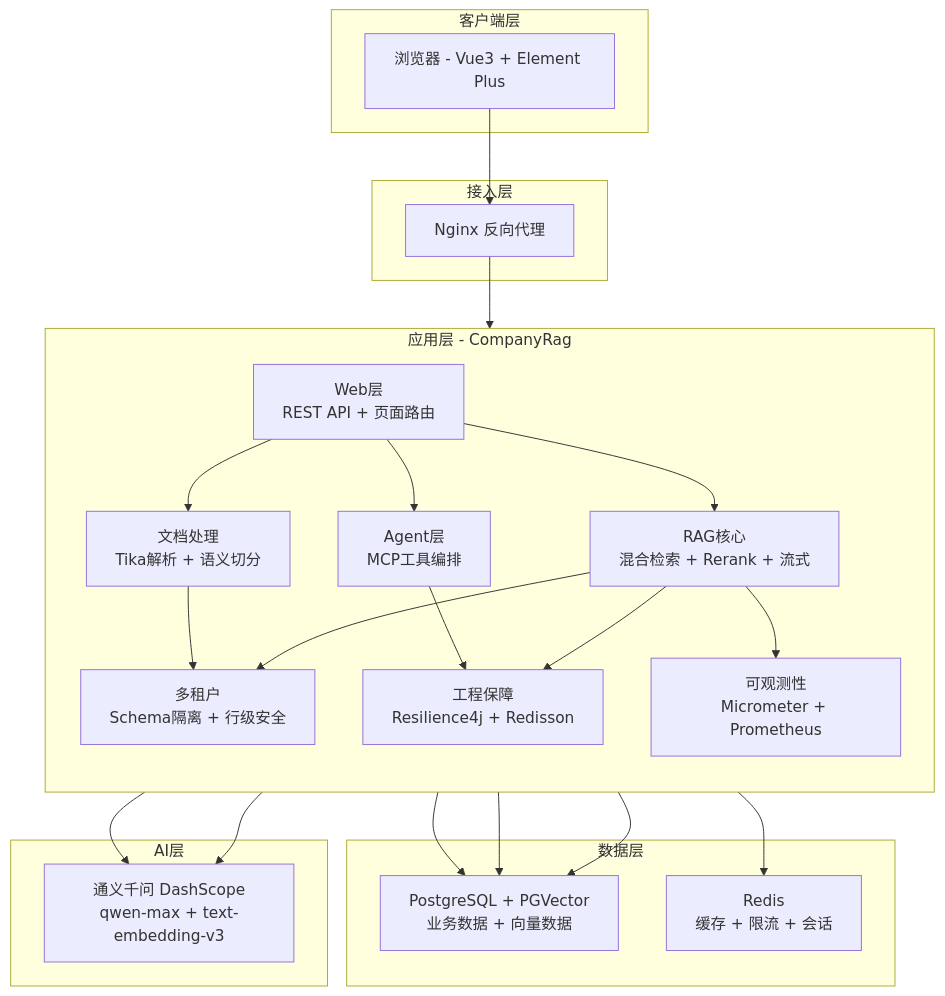
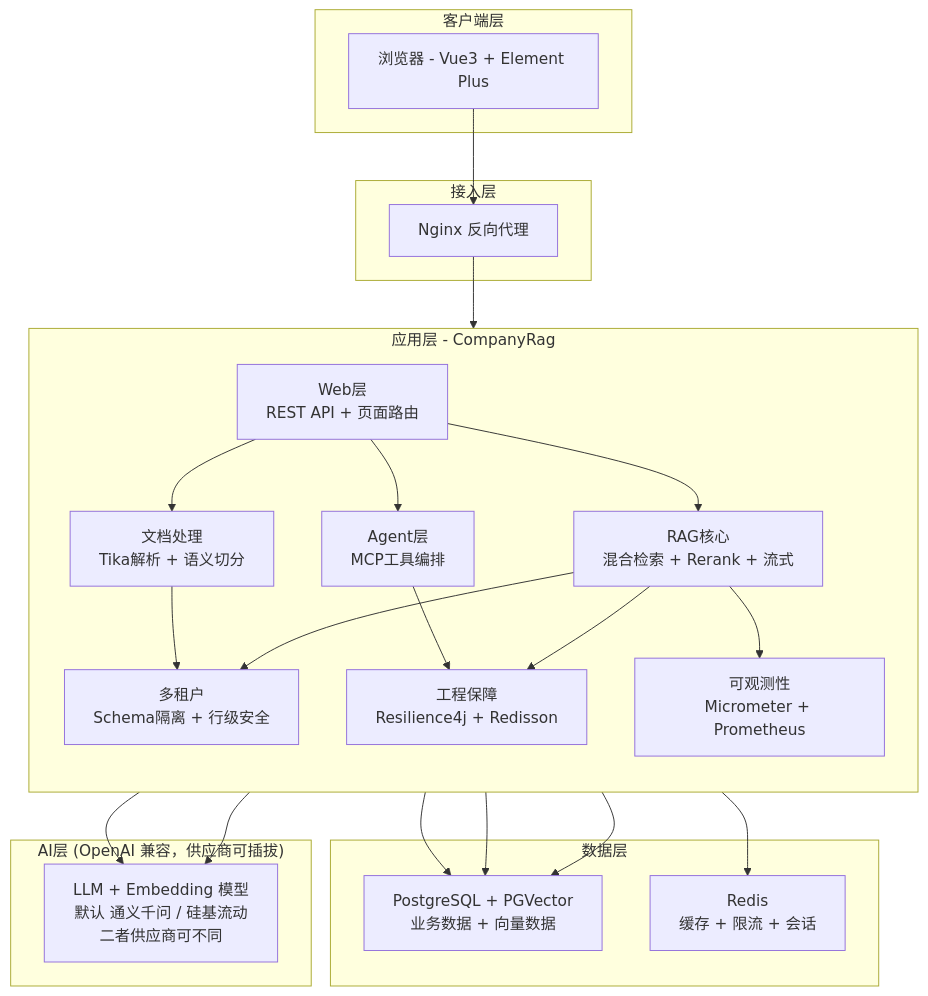
The first of 4 diagrams in ARCHITECTURE.md (hulongfu/CompanyRag), drawn with Mermaid before and after one commit. The commit also changed other lines of this file and 4 other files, not shown here.

````diff
--- a/ARCHITECTURE.md
+++ b/ARCHITECTURE.md
@@ -5,47 +5,47 @@
 ```mermaid
 graph TB
     subgraph "客户端层"
         B[浏览器 - Vue3 + Element Plus]
     end
 
     subgraph "接入层"
         N[Nginx 反向代理]
     end
 
     subgraph "应用层 - CompanyRag"
         direction TB
         WEB[Web层<br/>REST API + 页面路由]
         RAG[RAG核心<br/>混合检索 + Rerank + 流式]
         AGENT[Agent层<br/>MCP工具编排]
         TENANT[多租户<br/>Schema隔离 + 行级安全]
         DOC[文档处理<br/>Tika解析 + 语义切分]
         OBS[可观测性<br/>Micrometer + Prometheus]
         RESILIENCE[工程保障<br/>Resilience4j + Redisson]
     end
 
     subgraph "数据层"
         PG[PostgreSQL + PGVector<br/>业务数据 + 向量数据]
         REDIS[Redis<br/>缓存 + 限流 + 会话]
     end
 
-    subgraph "AI层"
-        DASHSCOPE[通义千问 DashScope<br/>qwen-max + text-embedding-v3]
+    subgraph "AI层 (OpenAI 兼容，供应商可插拔)"
+        DASHSCOPE[LLM + Embedding 模型<br/>默认 通义千问 / 硅基流动<br/>二者供应商可不同]
     end
 
     B --> N
     N --> WEB
     WEB --> RAG
     WEB --> AGENT
     WEB --> DOC
     RAG --> TENANT
     DOC --> TENANT
     RAG --> RESILIENCE
     AGENT --> RESILIENCE
     RAG --> OBS
     RAG --> PG
     RAG --> REDIS
     DOC --> PG
     AGENT --> PG
     RAG --> DASHSCOPE
     AGENT --> DASHSCOPE
 ```
````
